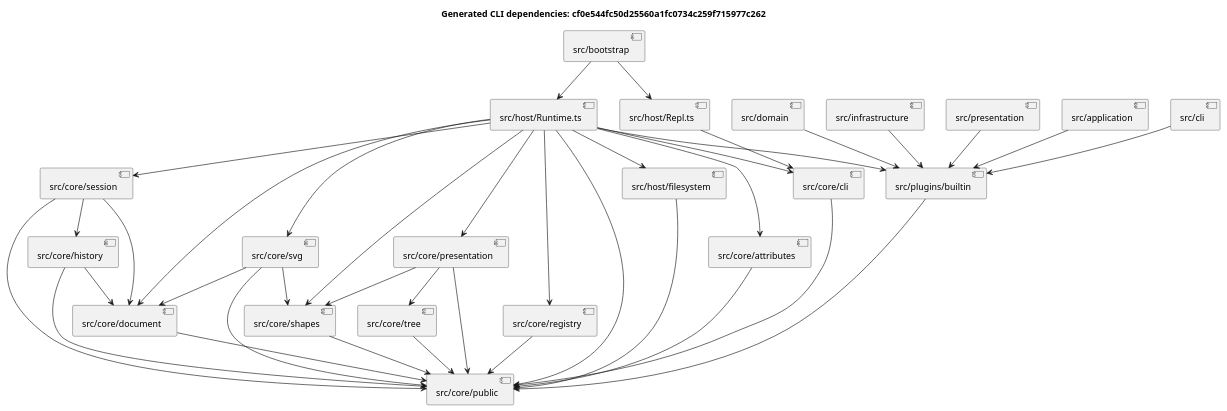
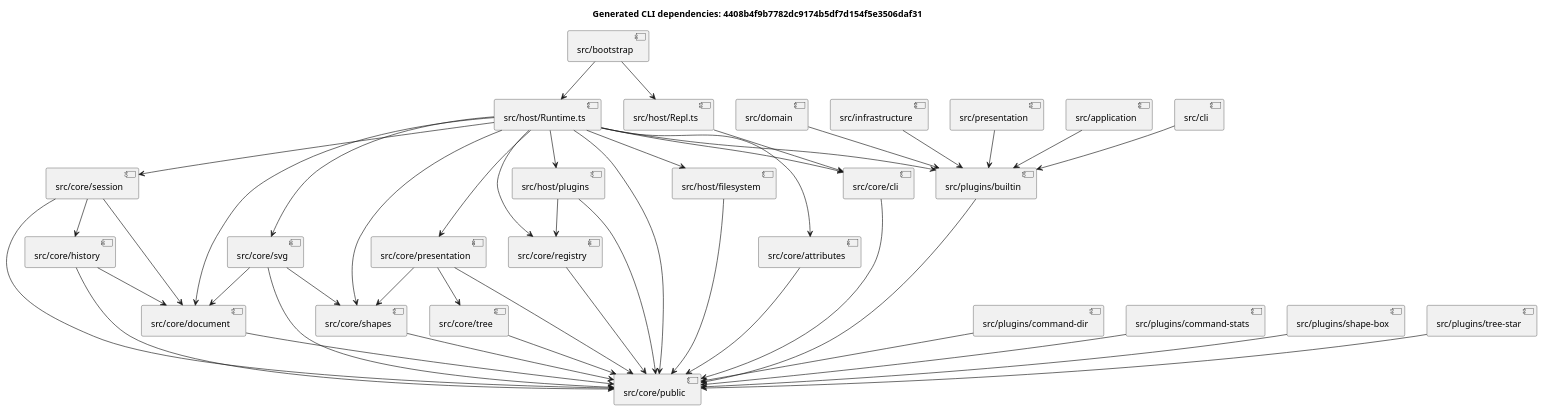
The diagram in docs/metrics/after.puml (DiDeuterium/Software-Design-PJ-1), drawn with PlantUML before and after one commit. The commit also changed 15 other files, not shown here.

```diff
--- a/docs/metrics/after.puml
+++ b/docs/metrics/after.puml
@@ -1,62 +1,74 @@
 @startuml
-title Generated CLI dependencies: cf0e544fc50d25560a1fc0734c259f715977c262
+title Generated CLI dependencies: 4408b4f9b7782dc9174b5df7d154f5e3506daf31
 component "src/application" as M0
 component "src/bootstrap" as M1
 component "src/cli" as M2
 component "src/core/attributes" as M3
 component "src/core/cli" as M4
 component "src/core/document" as M5
 component "src/core/history" as M6
 component "src/core/presentation" as M7
 component "src/core/public" as M8
 component "src/core/registry" as M9
 component "src/core/session" as M10
 component "src/core/shapes" as M11
 component "src/core/svg" as M12
 component "src/core/tree" as M13
 component "src/domain" as M14
 component "src/host/Repl.ts" as M15
 component "src/host/Runtime.ts" as M16
 component "src/host/filesystem" as M17
-component "src/infrastructure" as M18
-component "src/plugins/builtin" as M19
-component "src/presentation" as M20
-M0 --> M19
+component "src/host/plugins" as M18
+component "src/infrastructure" as M19
+component "src/plugins/builtin" as M20
+component "src/plugins/command-dir" as M21
+component "src/plugins/command-stats" as M22
+component "src/plugins/shape-box" as M23
+component "src/plugins/tree-star" as M24
+component "src/presentation" as M25
+M0 --> M20
 M1 --> M15
 M1 --> M16
 M10 --> M5
 M10 --> M6
 M10 --> M8
 M11 --> M8
 M12 --> M11
 M12 --> M5
 M12 --> M8
 M13 --> M8
-M14 --> M19
+M14 --> M20
 M15 --> M4
 M16 --> M10
 M16 --> M11
 M16 --> M12
 M16 --> M17
-M16 --> M19
+M16 --> M18
+M16 --> M20
 M16 --> M3
 M16 --> M4
 M16 --> M5
 M16 --> M7
 M16 --> M8
 M16 --> M9
 M17 --> M8
-M18 --> M19
-M19 --> M8
-M2 --> M19
-M20 --> M19
+M18 --> M8
+M18 --> M9
+M19 --> M20
+M2 --> M20
+M20 --> M8
+M21 --> M8
+M22 --> M8
+M23 --> M8
+M24 --> M8
+M25 --> M20
 M3 --> M8
 M4 --> M8
 M5 --> M8
 M6 --> M5
 M6 --> M8
 M7 --> M11
 M7 --> M13
 M7 --> M8
 M9 --> M8
 @enduml
```
